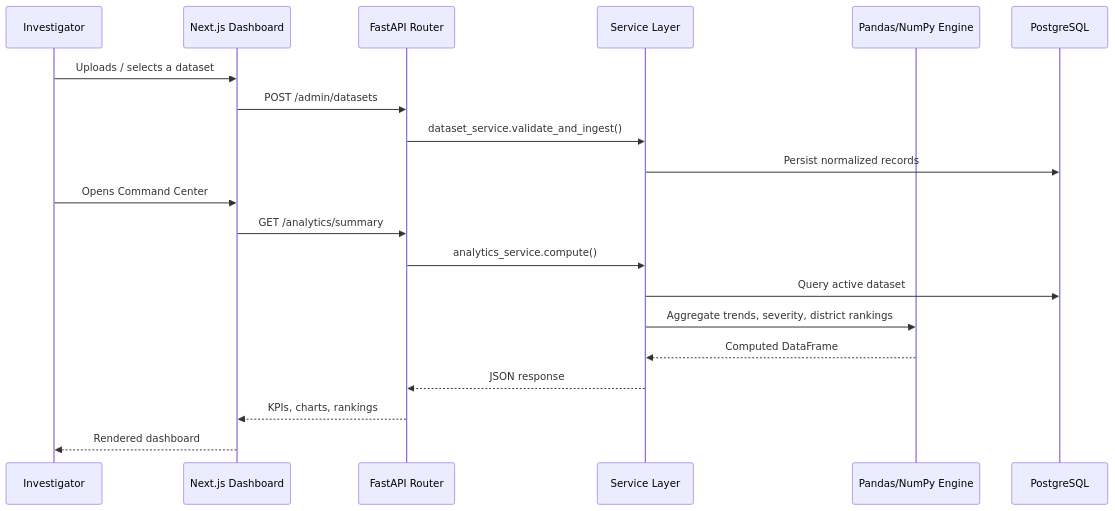
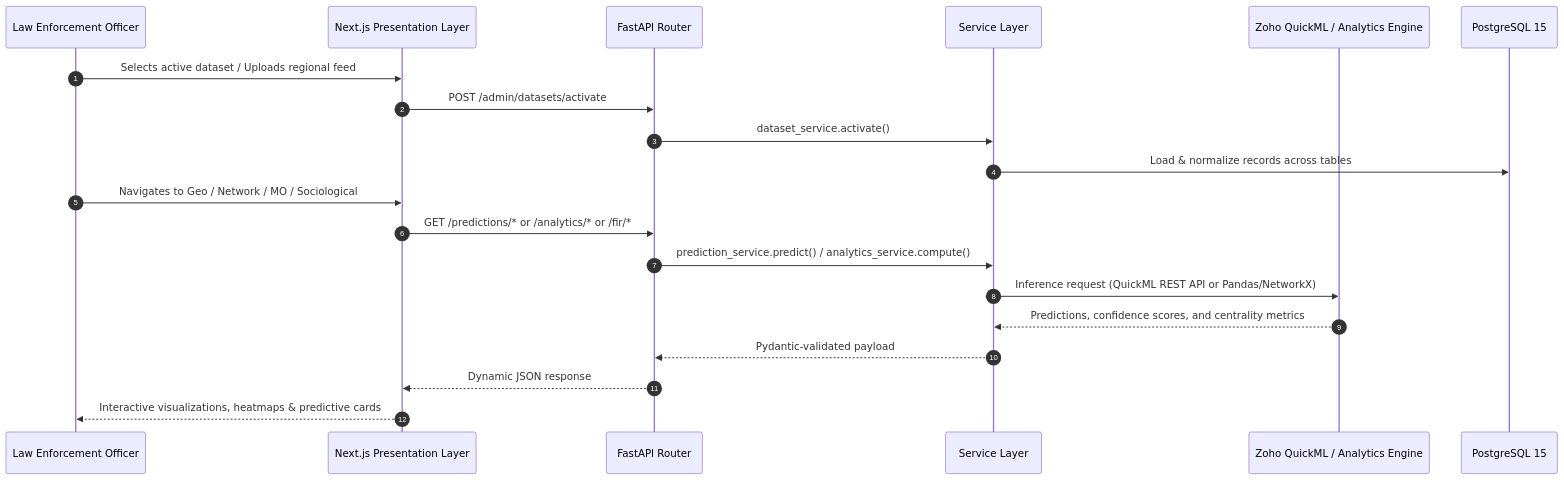
One commit to InnovateX-SMIT/datathon26 changed the second of 4 diagrams in README.md. Above: the diagram before and after it, drawn with Mermaid. The commit also changed other lines of this file, not shown here.

````diff
--- a/README.md
+++ b/README.md
@@ -168,23 +183,24 @@
 ```mermaid
 sequenceDiagram
-participant Investigator
-participant Frontend as Next.js Dashboard
-participant API as FastAPI Router
-participant Service as Service Layer
-participant Pandas as Pandas/NumPy Engine
-participant DB as PostgreSQL
+    autonumber
+    participant Officer as Law Enforcement Officer
+    participant UI as Next.js Presentation Layer
+    participant API as FastAPI Router
+    participant Service as Service Layer
+    participant ML as Zoho QuickML / Analytics Engine
+    participant DB as PostgreSQL 15
 
-Investigator->>Frontend: Uploads / selects a dataset
-Frontend->>API: POST /admin/datasets
-API->>Service: dataset_service.validate_and_ingest()
-Service->>DB: Persist normalized records
-Investigator->>Frontend: Opens Command Center
-Frontend->>API: GET /analytics/summary
-API->>Service: analytics_service.compute()
-Service->>DB: Query active dataset
-Service->>Pandas: Aggregate trends, severity, district rankings
-Pandas-->>Service: Computed DataFrame
-Service-->>API: JSON response
-API-->>Frontend: KPIs, charts, rankings
-Frontend-->>Investigator: Rendered dashboard
+    Officer->>UI: Selects active dataset / Uploads regional feed
+    UI->>API: POST /admin/datasets/activate
+    API->>Service: dataset_service.activate()
+    Service->>DB: Load & normalize records across tables
+    
+    Officer->>UI: Navigates to Geo / Network / MO / Sociological
+    UI->>API: GET /predictions/* or /analytics/* or /fir/*
+    API->>Service: prediction_service.predict() / analytics_service.compute()
+    Service->>ML: Inference request (QuickML REST API or Pandas/NetworkX)
+    ML-->>Service: Predictions, confidence scores, and centrality metrics
+    Service-->>API: Pydantic-validated payload
+    API-->>UI: Dynamic JSON response
+    UI-->>Officer: Interactive visualizations, heatmaps & predictive cards
 ```
````
